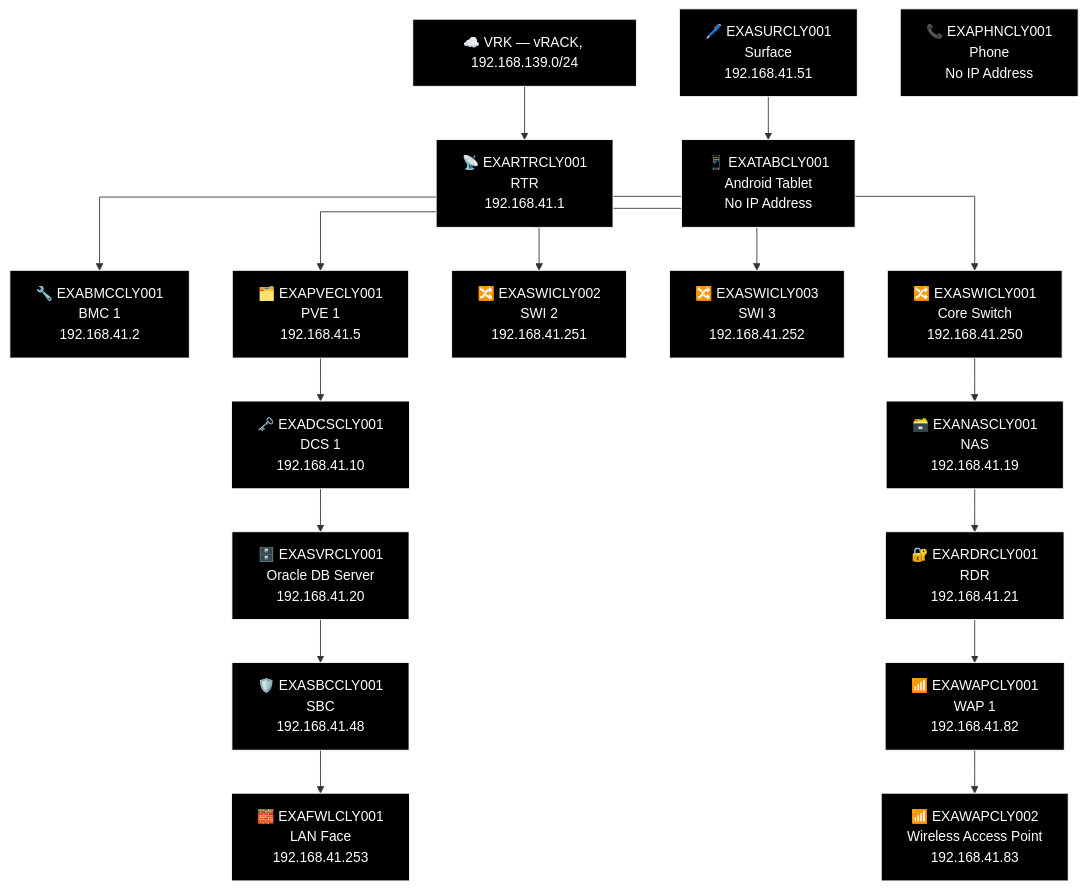
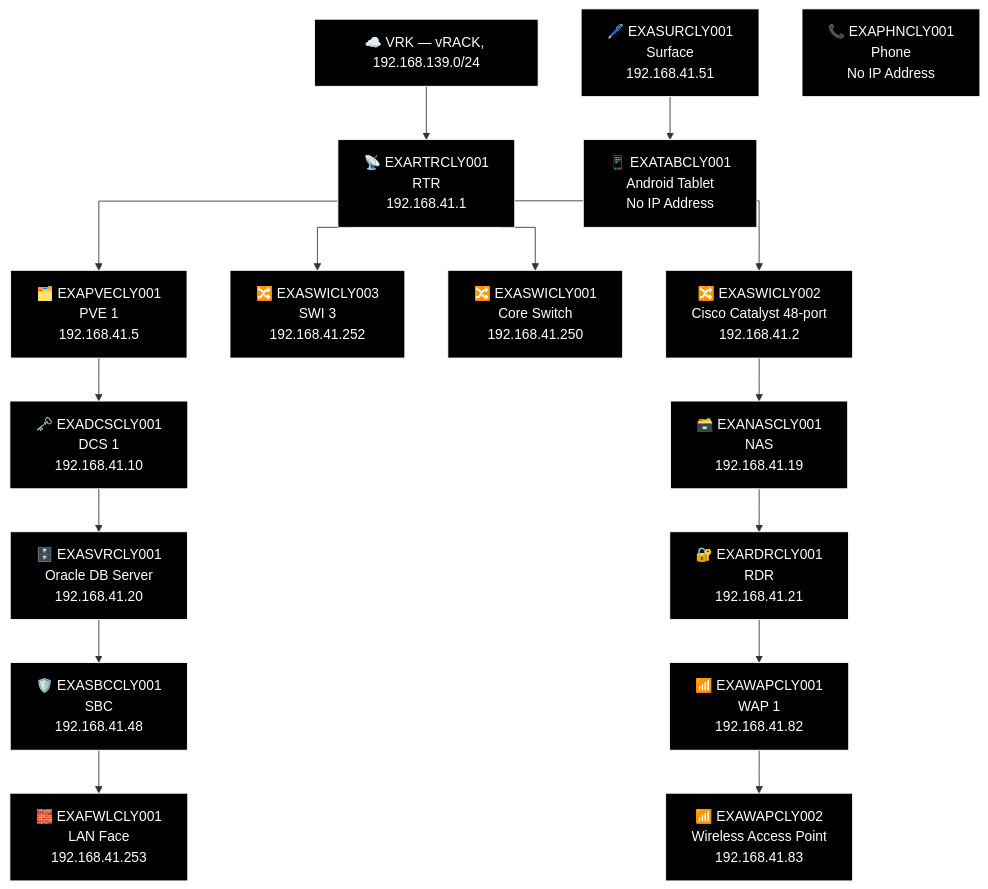
One commit to knightmare2600/example_music_infra changed diagram 12 of 21 in docs/network-diagram/scotland.md. Above: the diagram before and after it, drawn with Mermaid. The commit also changed 6 other files, not shown here.

````diff
--- a/docs/network-diagram/scotland.md
+++ b/docs/network-diagram/scotland.md
@@ -721,51 +721,48 @@
 ```mermaid
 %% GENERATED:TOPOLOGY:CLY:START
 %%{init: {'flowchart': {'curve': 'stepAfter'}}}%%
 graph TD
     T_VRK["☁️ VRK — vRACK, 192.168.139.0/24"]
     T_RTR["📡 EXARTRCLY001<br/>RTR<br/>192.168.41.1"]
     T_VRK --> T_RTR
-    T_BMC["🔧 EXABMCCLY001<br/>BMC 1<br/>192.168.41.2"]
-    T_RTR --> T_BMC
     T_PVE["🗂️ EXAPVECLY001<br/>PVE 1<br/>192.168.41.5"]
     T_RTR --> T_PVE
-    T_SWI["🔀 EXASWICLY002<br/>SWI 2<br/>192.168.41.251"]
+    T_SWI["🔀 EXASWICLY003<br/>SWI 3<br/>192.168.41.252"]
     T_RTR --> T_SWI
-    T_SWI2["🔀 EXASWICLY003<br/>SWI 3<br/>192.168.41.252"]
+    T_SWI2["🔀 EXASWICLY001<br/>Core Switch<br/>192.168.41.250"]
     T_RTR --> T_SWI2
-    T_SWI3["🔀 EXASWICLY001<br/>Core Switch<br/>192.168.41.250"]
+    T_SWI3["🔀 EXASWICLY002<br/>Cisco Catalyst 48-port<br/>192.168.41.2"]
     T_RTR --> T_SWI3
     T_NAS["🗃️ EXANASCLY001<br/>NAS<br/>192.168.41.19"]
     T_RDR["🔐 EXARDRCLY001<br/>RDR<br/>192.168.41.21"]
     T_WAP["📶 EXAWAPCLY001<br/>WAP 1<br/>192.168.41.82"]
     T_WAP2["📶 EXAWAPCLY002<br/>Wireless Access Point<br/>192.168.41.83"]
     T_SWI3 --> T_NAS --> T_RDR --> T_WAP --> T_WAP2
     T_DCS["🗝️ EXADCSCLY001<br/>DCS 1<br/>192.168.41.10"]
     T_SVR["🗄️ EXASVRCLY001<br/>Oracle DB Server<br/>192.168.41.20"]
     T_SBC["🛡️ EXASBCCLY001<br/>SBC<br/>192.168.41.48"]
     T_FWL["🧱 EXAFWLCLY001<br/>LAN Face<br/>192.168.41.253"]
     T_PVE --> T_DCS --> T_SVR --> T_SBC --> T_FWL
     T_SUR["🖊️ EXASURCLY001<br/>Surface<br/>192.168.41.51"]
     T_PHN["📞 EXAPHNCLY001<br/>Phone<br/>No IP Address"]
     T_TAB["📱 EXATABCLY001<br/>Android Tablet<br/>No IP Address"]
     T_SUR --> T_TAB
     style T_VRK fill:#000000,stroke:#FFFFFF,color:#FFFFFF
     style T_RTR fill:#000000,stroke:#FFFFFF,color:#FFFFFF
-    style T_BMC fill:#000000,stroke:#FFFFFF,color:#FFFFFF
     style T_PVE fill:#000000,stroke:#FFFFFF,color:#FFFFFF
     style T_SWI fill:#000000,stroke:#FFFFFF,color:#FFFFFF
     style T_SWI2 fill:#000000,stroke:#FFFFFF,color:#FFFFFF
     style T_SWI3 fill:#000000,stroke:#FFFFFF,color:#FFFFFF
     style T_NAS fill:#000000,stroke:#FFFFFF,color:#FFFFFF
     style T_RDR fill:#000000,stroke:#FFFFFF,color:#FFFFFF
     style T_WAP fill:#000000,stroke:#FFFFFF,color:#FFFFFF
     style T_WAP2 fill:#000000,stroke:#FFFFFF,color:#FFFFFF
     style T_DCS fill:#000000,stroke:#FFFFFF,color:#FFFFFF
     style T_SVR fill:#000000,stroke:#FFFFFF,color:#FFFFFF
     style T_SBC fill:#000000,stroke:#FFFFFF,color:#FFFFFF
     style T_FWL fill:#000000,stroke:#FFFFFF,color:#FFFFFF
     style T_SUR fill:#000000,stroke:#FFFFFF,color:#FFFFFF
     style T_PHN fill:#000000,stroke:#FFFFFF,color:#FFFFFF
     style T_TAB fill:#000000,stroke:#FFFFFF,color:#FFFFFF
 %% GENERATED:TOPOLOGY:CLY:END
 ```
````
